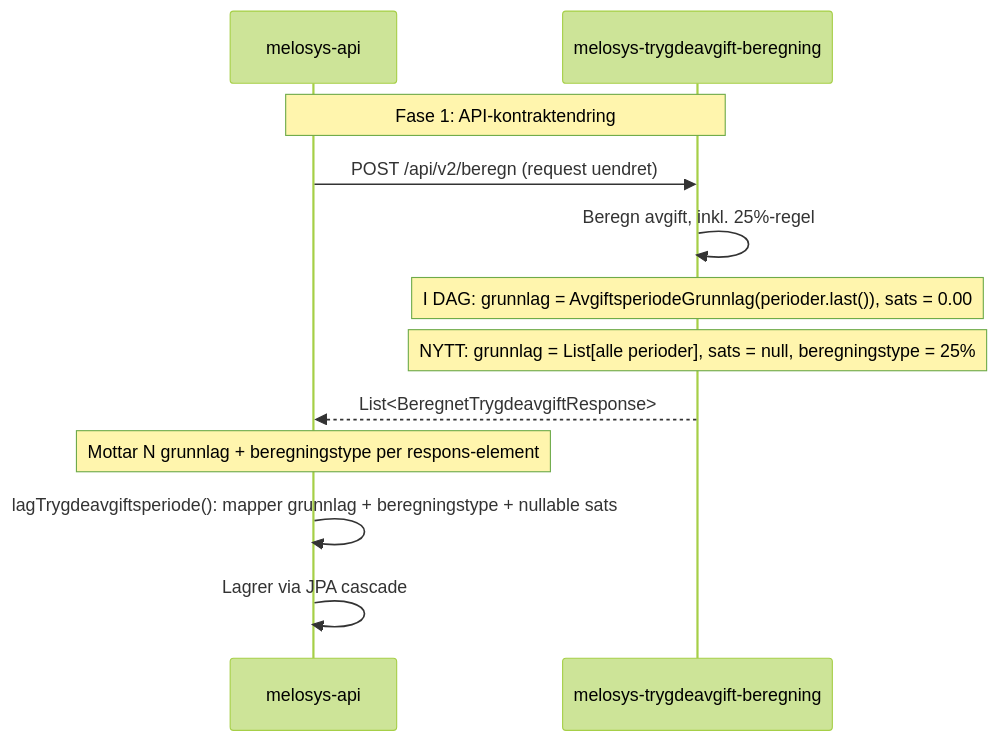
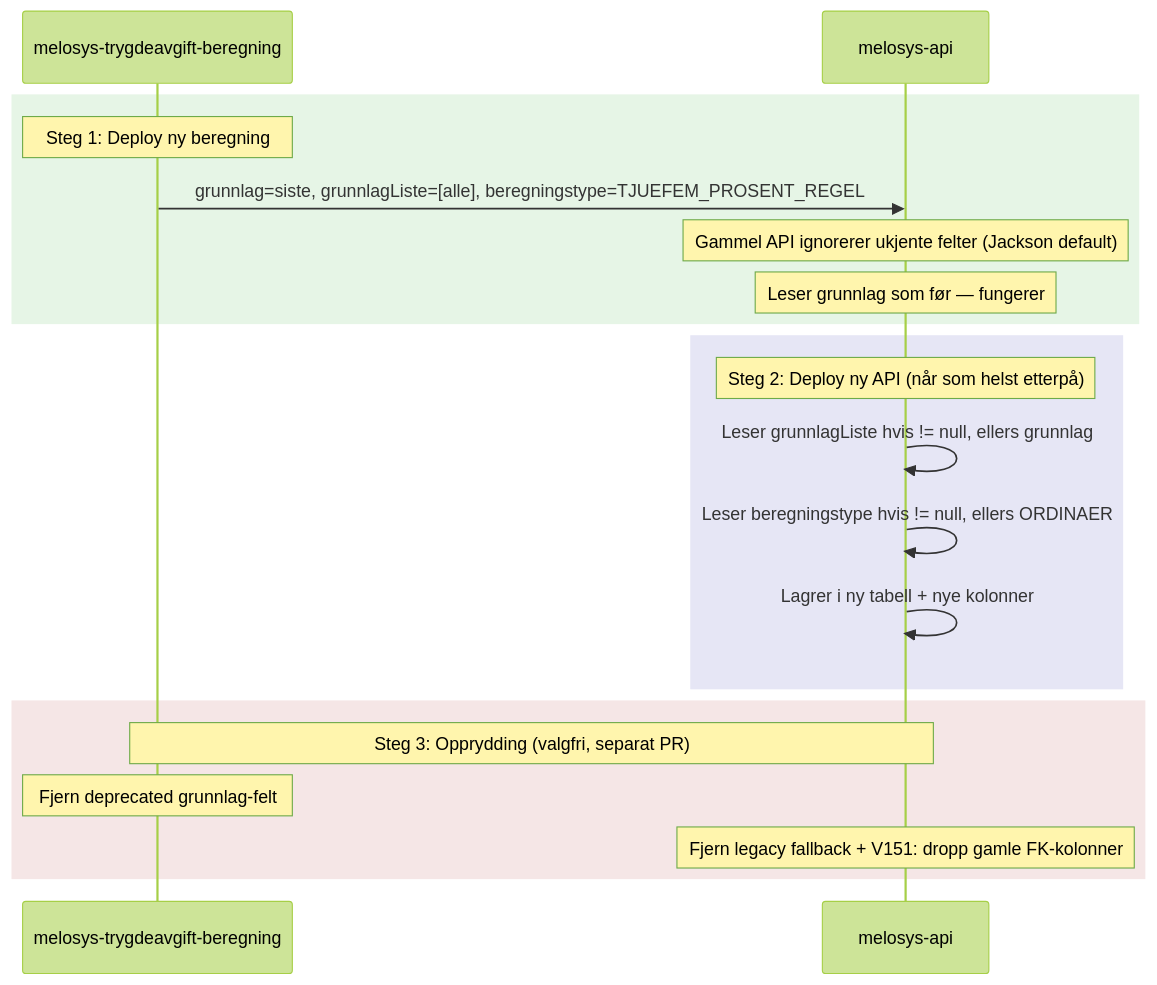
One commit to navikt/melosys-api changed the third of 6 diagrams in docs/MELOSYS-7588-implementeringsplan.md. Above: the diagram before and after it, drawn with Mermaid (forest theme). The commit also changed other lines of this file, not shown here.

First line of the commit message:
7588+7969 Bakoverkompatibel deploy-strategi i implementeringsplan

````diff
--- a/docs/MELOSYS-7588-implementeringsplan.md
+++ b/docs/MELOSYS-7588-implementeringsplan.md
@@ -114,19 +137,25 @@
 ```mermaid
 sequenceDiagram
+    participant BEREGN as melosys-trygdeavgift-beregning
     participant API as melosys-api
-    participant BEREGN as melosys-trygdeavgift-beregning
 
-    Note over API,BEREGN: Fase 1: API-kontraktendring
+    rect rgb(230, 245, 230)
+    Note over BEREGN: Steg 1: Deploy ny beregning
+    BEREGN->>API: grunnlag=siste, grunnlagListe=[alle], beregningstype=TJUEFEM_PROSENT_REGEL
+    Note over API: Gammel API ignorerer ukjente felter (Jackson default)
+    Note over API: Leser grunnlag som før — fungerer
+    end
 
-    API->>BEREGN: POST /api/v2/beregn (request uendret)
-    BEREGN->>BEREGN: Beregn avgift, inkl. 25%-regel
+    rect rgb(230, 230, 245)
+    Note over API: Steg 2: Deploy ny API (når som helst etterpå)
+    API->>API: Leser grunnlagListe hvis != null, ellers grunnlag
+    API->>API: Leser beregningstype hvis != null, ellers ORDINAER
+    API->>API: Lagrer i ny tabell + nye kolonner
+    end
 
-    Note over BEREGN: I DAG: grunnlag = AvgiftsperiodeGrunnlag(perioder.last()), sats = 0.00
-    Note over BEREGN: NYTT: grunnlag = List[alle perioder], sats = null, beregningstype = 25%
-
-    BEREGN-->>API: List<BeregnetTrygdeavgiftResponse>
-
-    Note over API: Mottar N grunnlag + beregningstype per respons-element
-    API->>API: lagTrygdeavgiftsperiode(): mapper grunnlag + beregningstype + nullable sats
-    API->>API: Lagrer via JPA cascade
+    rect rgb(245, 230, 230)
+    Note over BEREGN,API: Steg 3: Opprydding (valgfri, separat PR)
+    Note over BEREGN: Fjern deprecated grunnlag-felt
+    Note over API: Fjern legacy fallback + V151: dropp gamle FK-kolonner
+    end
 ```
````
